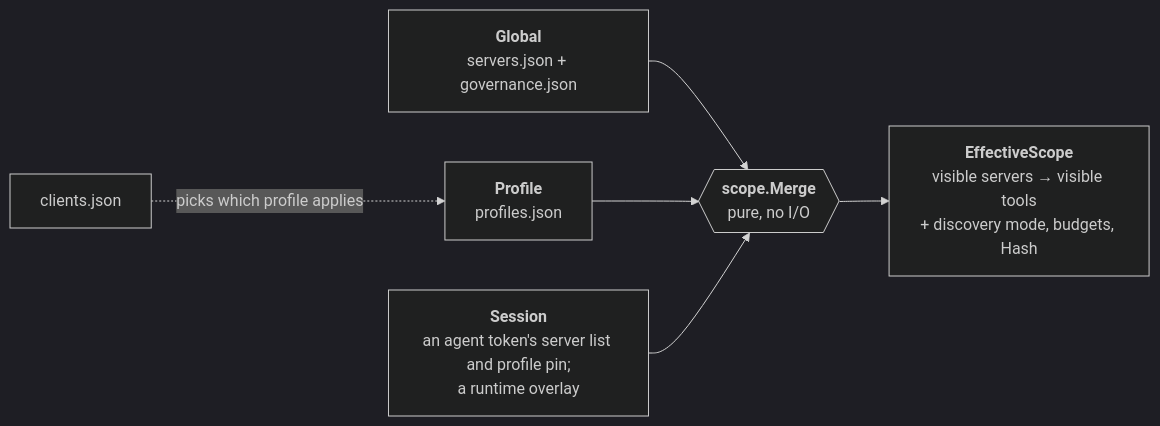
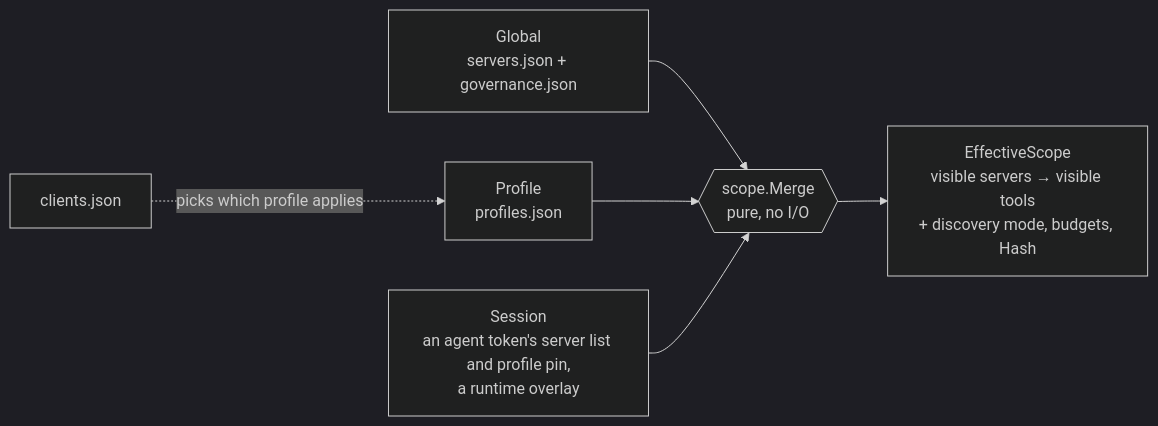
One commit to dinstein/agent-hub changed the second of 3 diagrams in docs/model.md. Above: the diagram before and after it, drawn with Mermaid (dark theme). The commit also changed other lines of this file and 6 other files, not shown here.

````diff
--- a/docs/model.md
+++ b/docs/model.md
@@ -57,8 +57,8 @@
 ```mermaid
 flowchart LR
-    G["<b>Global</b><br/>servers.json + governance.json"] --> M
-    P["<b>Profile</b><br/>profiles.json"] --> M
-    SS["<b>Session</b><br/>an agent token's server list and profile pin;<br/>a runtime overlay"] --> M
-    M{{"<b>scope.Merge</b><br/>pure, no I/O"}} --> E["<b>EffectiveScope</b><br/>visible servers → visible tools<br/>+ discovery mode, budgets, Hash"]
+    G["Global<br/>servers.json + governance.json"] --> M
+    P["Profile<br/>profiles.json"] --> M
+    SS["Session<br/>an agent token's server list and profile pin,<br/>a runtime overlay"] --> M
+    M{{"scope.Merge<br/>pure, no I/O"}} --> E["EffectiveScope<br/>visible servers → visible tools<br/>+ discovery mode, budgets, Hash"]
     CL["clients.json"] -. "picks which profile applies" .-> P
 ```
````
